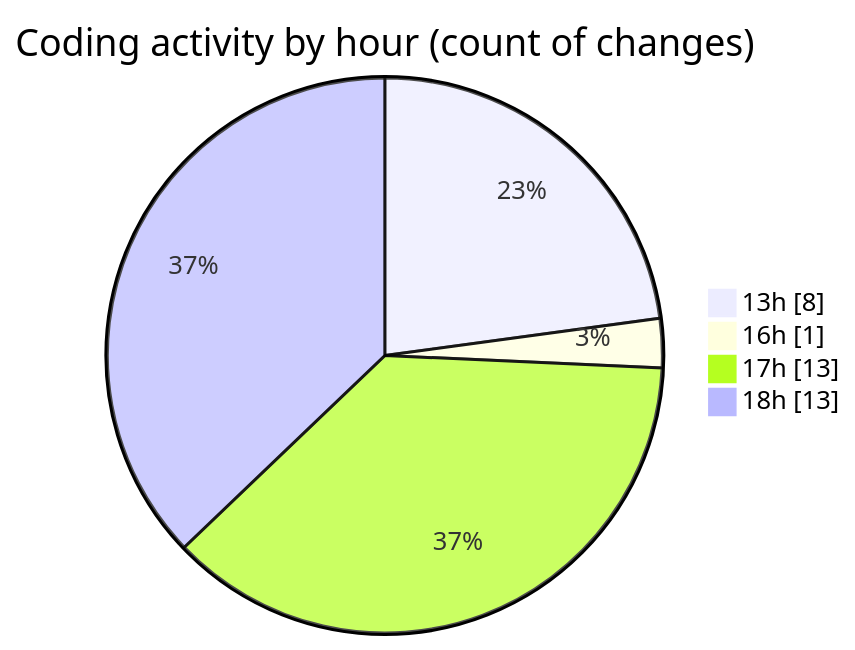
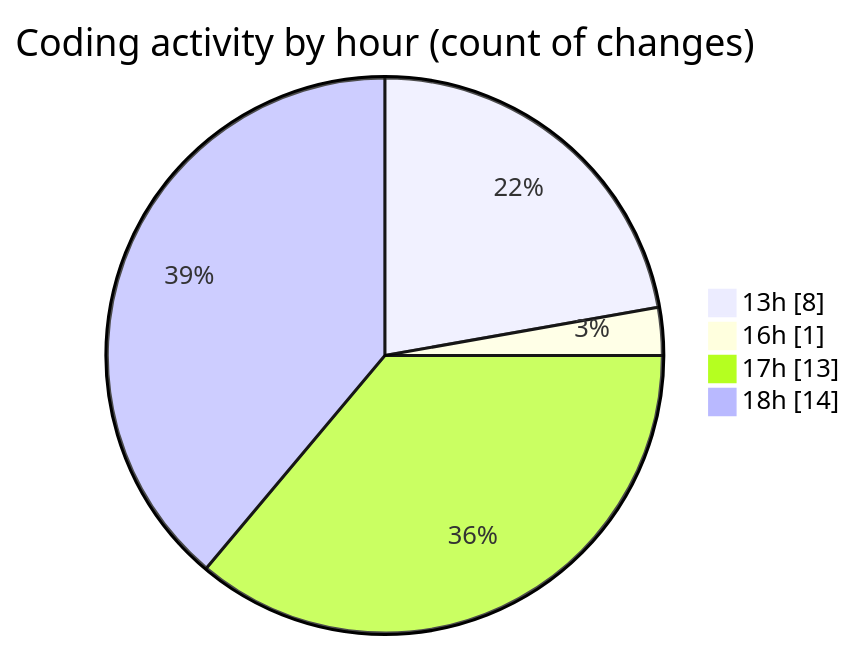
One commit to EIIisD/code-tracking changed the second of 2 diagrams in 2025-08-24/chatgpt-extension/README.md. Above: the diagram before and after it, drawn with Mermaid. The commit also changed other lines of this file and 1 other file, not shown here.

````diff
--- a/2025-08-24/chatgpt-extension/README.md
+++ b/2025-08-24/chatgpt-extension/README.md
@@ -34,8 +34,8 @@
 ```mermaid
 pie showData
 title Coding activity by hour (count of changes)
 "13h" : 8
 "16h" : 1
 "17h" : 13
-"18h" : 13
+"18h" : 14
 ```
````
